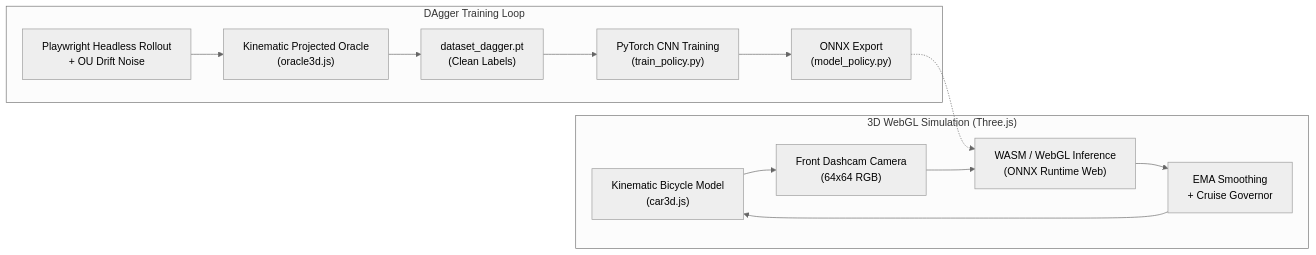
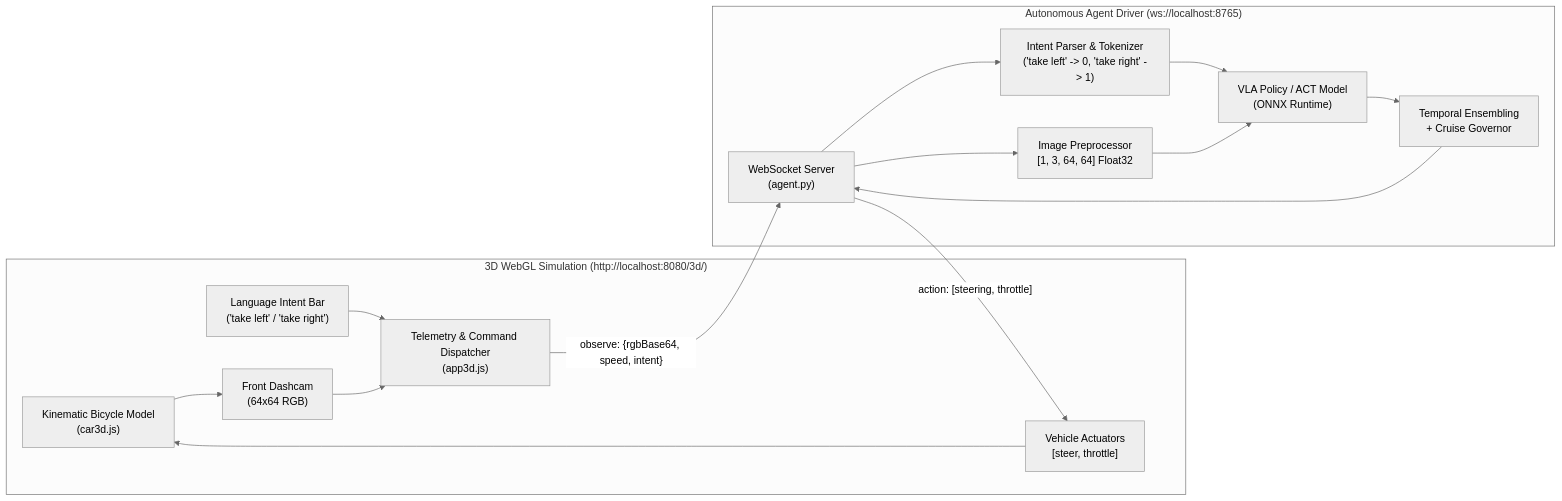
The diagram in README.md (rocksfun/Self-Driving-car), drawn with Mermaid (neutral theme) before and after one commit. The commit also changed other lines of this file and 17 other files, not shown here.

Commit message:
feat: add language intent command center, agent websocket sync, and clean VLA architecture

````diff
--- a/README.md
+++ b/README.md
@@ -23,17 +20,21 @@
 ```mermaid
 flowchart LR
-    subgraph Simulation ["3D WebGL Simulation (Three.js)"]
-        Physics["Kinematic Bicycle Model\n(car3d.js)"] --> Dashcam["Front Dashcam Camera\n(64x64 RGB)"]
-        Dashcam --> WebGL["WASM / WebGL Inference\n(ONNX Runtime Web)"]
-        WebGL --> Filter["EMA Smoothing\n+ Cruise Governor"]
-        Filter --> Physics
+    subgraph Browser ["3D WebGL Simulation (http://localhost:8080/3d/)"]
+        Physics["Kinematic Bicycle Model\n(car3d.js)"] --> Dashcam["Front Dashcam\n(64x64 RGB)"]
+        UI["Language Intent Bar\n('take left' / 'take right')"] --> Dispatch["Telemetry & Command Dispatcher\n(app3d.js)"]
+        Dashcam --> Dispatch
+        Actuators["Vehicle Actuators\n[steer, throttle]"] --> Physics
     end
 
-    subgraph DAgger ["DAgger Training Loop"]
-        Rollout["Playwright Headless Rollout\n+ OU Drift Noise"] --> Oracle["Kinematic Projected Oracle\n(oracle3d.js)"]
-        Oracle --> Dataset["dataset_dagger.pt\n(Clean Labels)"]
-        Dataset --> Train["PyTorch CNN Training\n(train_policy.py)"]
-        Train --> Export["ONNX Export\n(model_policy.py)"]
-        Export -.-> WebGL
+    subgraph Agent ["Autonomous Agent Driver (ws://localhost:8765)"]
+        WS["WebSocket Server\n(agent.py)"] --> Parser["Intent Parser & Tokenizer\n('take left' -> 0, 'take right' -> 1)"]
+        WS --> Vision["Image Preprocessor\n[1, 3, 64, 64] Float32"]
+        Parser --> Policy["VLA Policy / ACT Model\n(ONNX Runtime)"]
+        Vision --> Policy
+        Policy --> Ensembling["Temporal Ensembling\n+ Cruise Governor"]
+        Ensembling --> WS
     end
+
+    Dispatch -- "observe: {rgbBase64, speed, intent}" --> WS
+    WS -- "action: [steering, throttle]" --> Actuators
 ```
````
